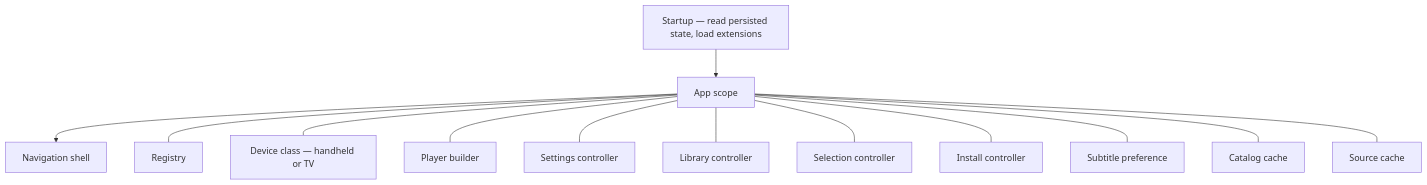
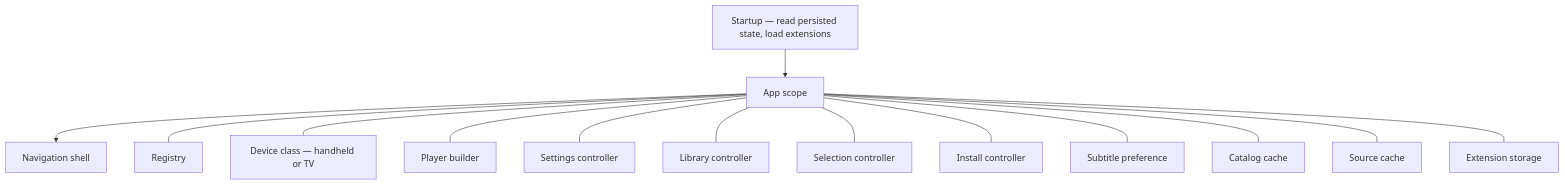
The first of 6 diagrams in docs/06-app-layer.md (nimbusfvck/fvcksubs), drawn with Mermaid before and after one commit. The commit also changed other lines of this file and 5 other files, not shown here.

````diff
--- a/docs/06-app-layer.md
+++ b/docs/06-app-layer.md
@@ -11,15 +11,16 @@
 ```mermaid
 flowchart TB
     BOOT["Startup — read persisted state, load extensions"] --> SCOPE["App scope"] --> UI["Navigation shell"]
 
     SCOPE --- R["Registry"]
     SCOPE --- DC["Device class — handheld or TV"]
     SCOPE --- PB["Player builder"]
     SCOPE --- C1["Settings controller"]
     SCOPE --- C2["Library controller"]
     SCOPE --- C3["Selection controller"]
     SCOPE --- C4["Install controller"]
     SCOPE --- C5["Subtitle preference"]
     SCOPE --- K1["Catalog cache"]
     SCOPE --- K2["Source cache"]
+    SCOPE --- K3["Extension storage"]
 ```
````
